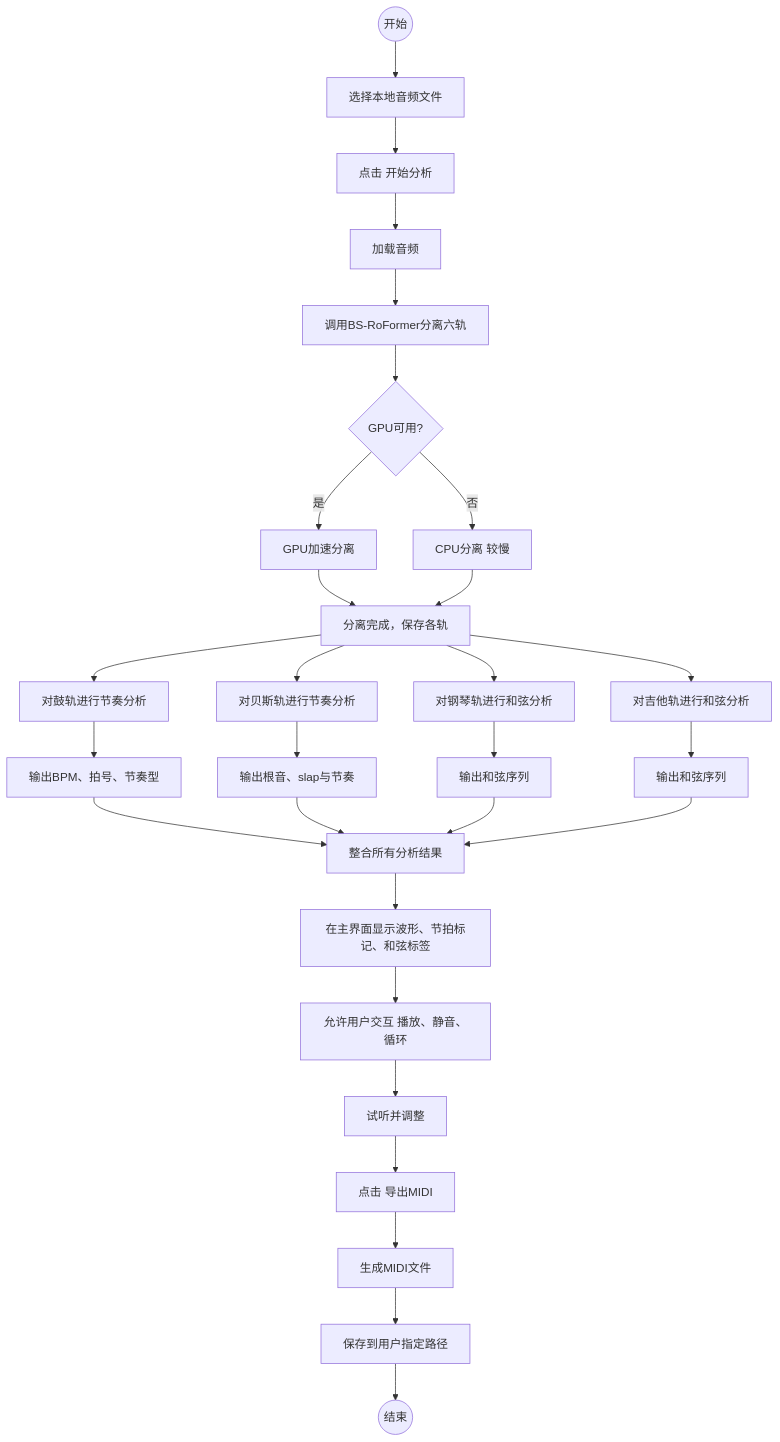
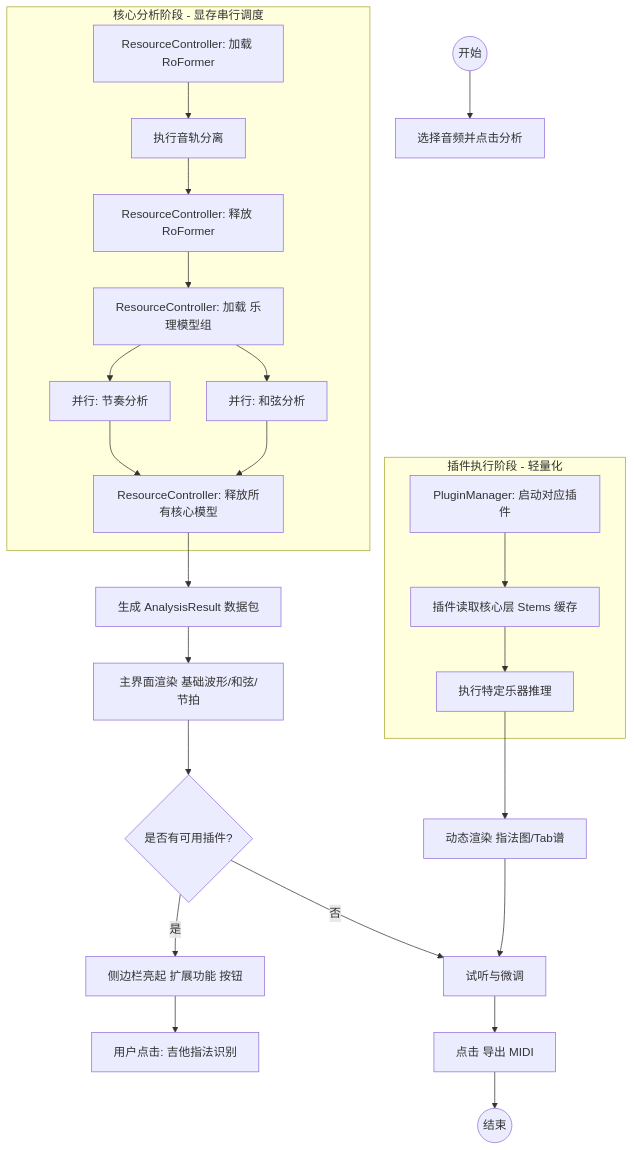
The third of 3 diagrams in 需求构思与建模.md (GotoMiyuki/TABsucks), drawn with Mermaid before and after one commit. The commit also changed other lines of this file, not shown here.

````diff
--- a/需求构思与建模.md
+++ b/需求构思与建模.md
@@ -192,40 +207,37 @@
 ```mermaid
 flowchart TD
-    Start((开始)) --> U1[选择本地音频文件]
-    U1 --> U2[点击 开始分析]
+    Start((开始)) --> U1[选择音频并点击分析]
+    
+    subgraph Core_Analysis [核心分析阶段 - 显存串行调度]
+        S1[ResourceController: 加载 RoFormer]
+        S1 --> S2[执行音轨分离]
+        S2 --> S3[ResourceController: 释放 RoFormer]
+        
+        S3 --> S4[ResourceController: 加载 乐理模型组]
+        S4 --> F1[并行: 节奏分析]
+        S4 --> F2[并行: 和弦分析]
+        F1 --> S5[ResourceController: 释放所有核心模型]
+        F2 --> S5
+    end
 
-    U2 --> S1[加载音频]
-    S1 --> S2[调用BS-RoFormer分离六轨]
+    S5 --> I1[生成 AnalysisResult 数据包]
+    I1 --> D1[主界面渲染 基础波形/和弦/节拍]
     
-    S2 --> Cond{GPU可用?}
-    Cond -- 是 --> G1[GPU加速分离]
-    Cond -- 否 --> C1[CPU分离 较慢]
+    D1 --> CheckPlugin{是否有可用插件?}
+    CheckPlugin -- 是 --> P1[侧边栏亮起 扩展功能 按钮]
+    CheckPlugin -- 否 --> U3
     
-    G1 --> S3[分离完成，保存各轨]
-    C1 --> S3
+    P1 --> U2[用户点击: 吉他指法识别]
     
-    S3 --> F1[对鼓轨进行节奏分析]
-    S3 --> F2[对贝斯轨进行节奏分析]
-    S3 --> F3[对钢琴轨进行和弦分析]
-    S3 --> F4[对吉他轨进行和弦分析]
+    subgraph Plugin_Inference [插件执行阶段 - 轻量化]
+        P2[PluginManager: 启动对应插件]
+        P2 --> P3[插件读取核心层 Stems 缓存]
+        P3 --> P4[执行特定乐器推理]
+    end
     
-    F1 --> O1[输出BPM、拍号、节奏型]
-    F2 --> O2[输出根音、slap与节奏]
-    F3 --> O3[输出和弦序列]
-    F4 --> O4[输出和弦序列]
+    P4 --> D2[动态渲染 指法图/Tab谱]
+    U3[试听与微调] --> U4[点击 导出 MIDI]
     
-    O1 --> I1[整合所有分析结果]
-    O2 --> I1
-    O3 --> I1
-    O4 --> I1
-    
-    I1 --> D1[在主界面显示波形、节拍标记、和弦标签]
-    D1 --> D2[允许用户交互 播放、静音、循环]
-    
-    D2 --> U3[试听并调整]
-    U3 --> U4[点击 导出MIDI]
-    
-    U4 --> Sys1[生成MIDI文件]
-    Sys1 --> Sys2[保存到用户指定路径]
-    Sys2 --> End((结束))
+    D2 --> U3
+    U4 --> End((结束))
 ```
````
